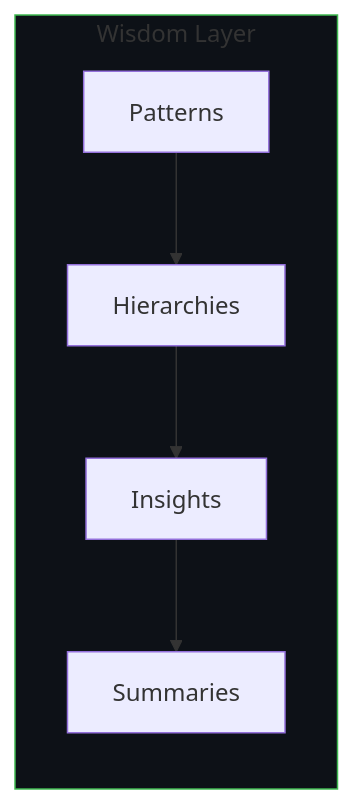
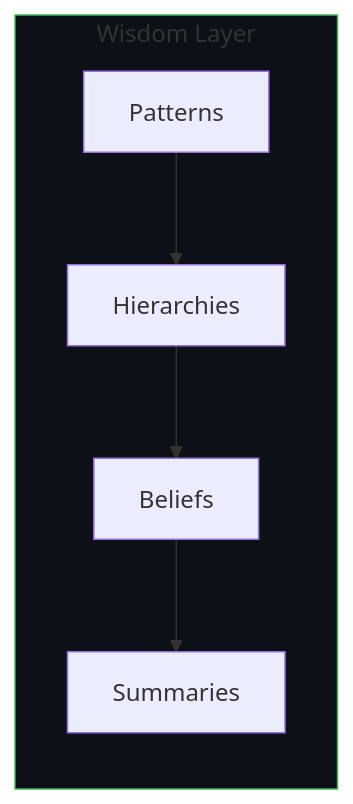
One commit to delta-prime/.github changed the third of 6 diagrams in profile/README.md. Above: the diagram before and after it, drawn with Mermaid. The commit also changed other lines of this file, not shown here.

First line of the commit message:
docs: fix cognitive stack diagrams + add meta-memory

````diff
--- a/profile/README.md
+++ b/profile/README.md
@@ -87,11 +87,11 @@
 ```mermaid
 flowchart LR
     subgraph WISDOM["Wisdom Layer"]
         direction TB
         P[Patterns] --> H[Hierarchies]
-        H --> I[Insights]
-        I --> S[Summaries]
+        H --> B[Beliefs]
+        B --> S[Summaries]
     end
     
     style WISDOM fill:#0d1117,stroke:#3fb950
 ```
````
